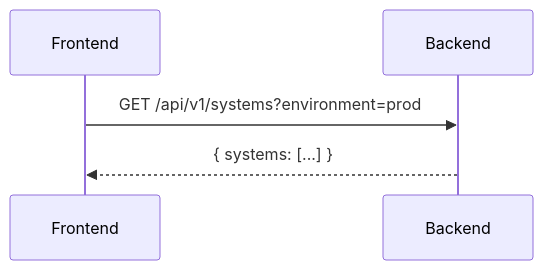
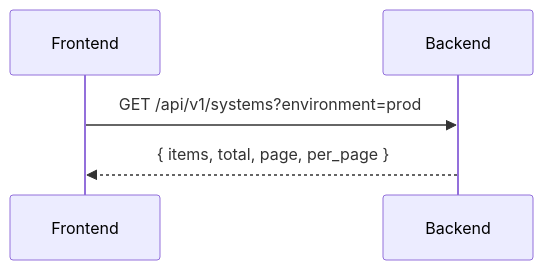
The second of 3 diagrams in docs/knowledge/ui/dashboard-and-systems-views.md (usmcamp0811/crystal-forge), drawn with Mermaid before and after one commit. The commit also changed other lines of this file and 147 other files, not shown here.

````diff
--- a/docs/knowledge/ui/dashboard-and-systems-views.md
+++ b/docs/knowledge/ui/dashboard-and-systems-views.md
@@ -106,8 +142,8 @@
 ```mermaid
 %% diagram-id: ui-systems-list-api-sequence
 sequenceDiagram
   participant Frontend
   participant Backend
   Frontend->>Backend: GET /api/v1/systems?environment=prod
-  Backend-->>Frontend: { systems: [...] }
+  Backend-->>Frontend: { items, total, page, per_page }
 ```
````
